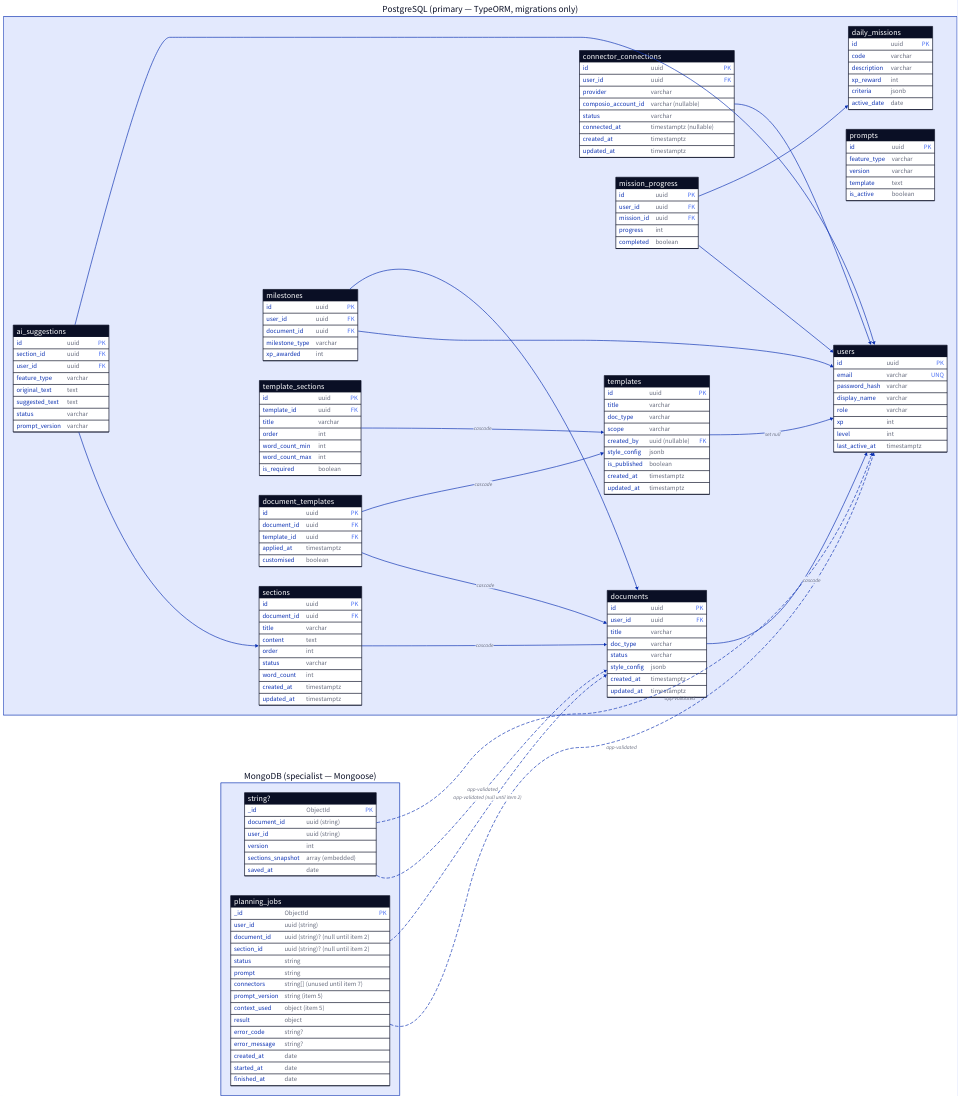
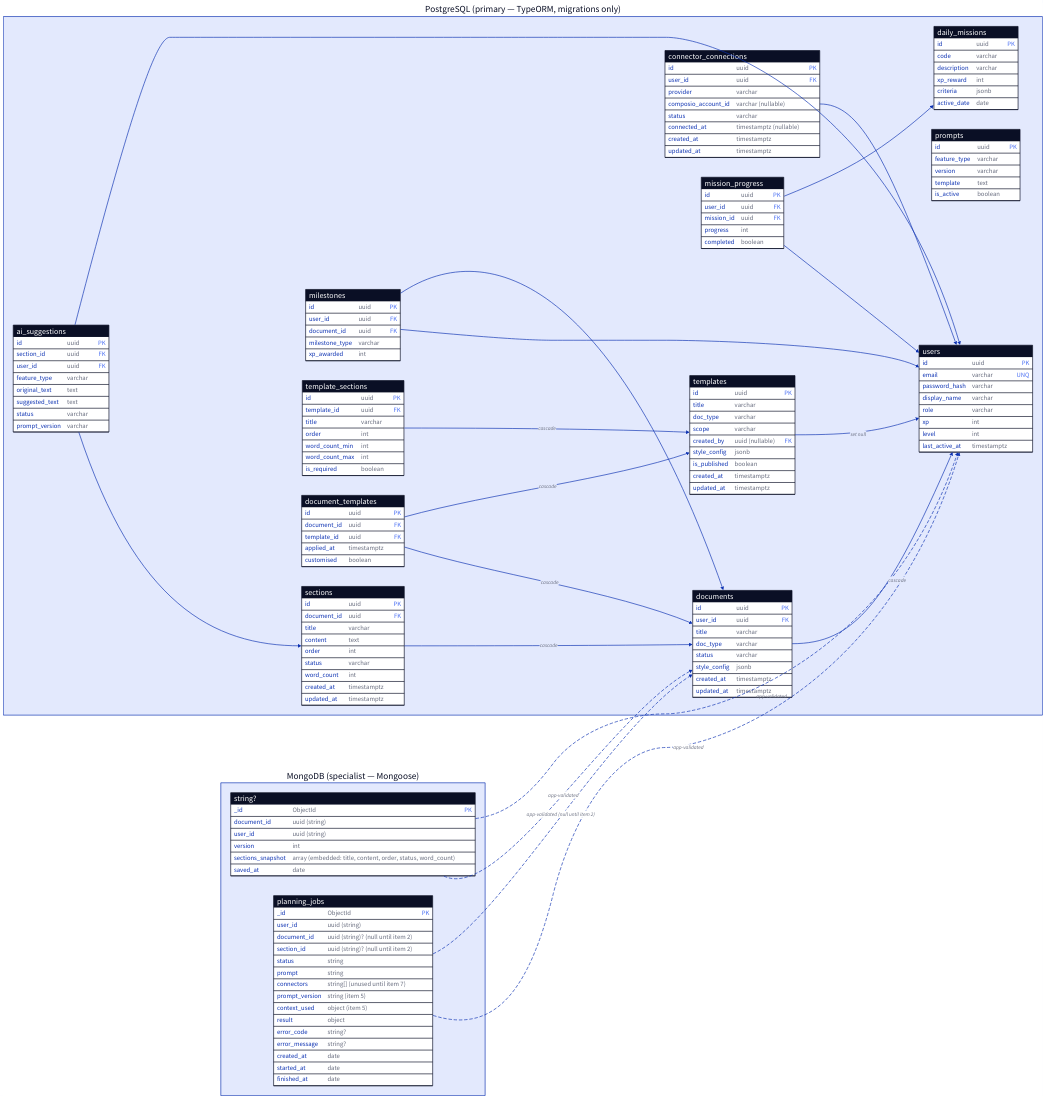
The diagram in docs/diagrams/database-schema.d2 (MemoFlow/memoflow-api), drawn with D2 before and after one commit. The commit also changed 34 other files, not shown here.

First line of the commit message:
feat(document-versions): versioning + restore (roadmap item 4) (#19)

```diff
--- a/docs/diagrams/database-schema.d2
+++ b/docs/diagrams/database-schema.d2
@@ -1,195 +1,197 @@
 # MemoFlow database schema — derived from docs/database-schema.md (source of truth).
 # Render: d2 database-schema.d2 database-schema.svg
 # Solid edges = real FKs (PostgreSQL). Dashed edges = cross-DB uuid references,
 # validated by the application use-case layer — there is NO foreign key across DBs.
 
 direction: right
 
 pg: PostgreSQL (primary — TypeORM, migrations only) {
   users: {
     shape: sql_table
     id: uuid {constraint: primary_key}
     email: varchar {constraint: unique}
     password_hash: varchar
     display_name: varchar
     role: varchar
     xp: int
     level: int
     last_active_at: timestamptz
   }
 
   documents: {
     shape: sql_table
     id: uuid {constraint: primary_key}
     user_id: uuid {constraint: foreign_key}
     title: varchar
     doc_type: varchar
     status: varchar
     style_config: jsonb
     created_at: timestamptz
     updated_at: timestamptz
   }
 
   # order indexed via composite (document_id, order) — IDX_sections_document_order.
   sections: {
     shape: sql_table
     id: uuid {constraint: primary_key}
     document_id: uuid {constraint: foreign_key}
     title: varchar
     content: text
     order: int
     status: varchar
     word_count: int
     created_at: timestamptz
     updated_at: timestamptz
   }
 
   ai_suggestions: {
     shape: sql_table
     id: uuid {constraint: primary_key}
     section_id: uuid {constraint: foreign_key}
     user_id: uuid {constraint: foreign_key}
     feature_type: varchar
     original_text: text
     suggested_text: text
     status: varchar
     prompt_version: varchar
   }
 
   prompts: {
     shape: sql_table
     id: uuid {constraint: primary_key}
     feature_type: varchar
     version: varchar
     template: text
     is_active: boolean
   }
 
   # No provider tokens — Composio is the OAuth vault + MCP host; this API keeps only
   # a connection reference. Unique composite index on (user_id, provider).
   connector_connections: {
     shape: sql_table
     id: uuid {constraint: primary_key}
     user_id: uuid {constraint: foreign_key}
     provider: varchar
     composio_account_id: "varchar (nullable)"
     status: varchar
     connected_at: "timestamptz (nullable)"
     created_at: timestamptz
     updated_at: timestamptz
   }
 
   milestones: {
     shape: sql_table
     id: uuid {constraint: primary_key}
     user_id: uuid {constraint: foreign_key}
     document_id: uuid {constraint: foreign_key}
     milestone_type: varchar
     xp_awarded: int
   }
 
   daily_missions: {
     shape: sql_table
     id: uuid {constraint: primary_key}
     code: varchar
     description: varchar
     xp_reward: int
     criteria: jsonb
     active_date: date
   }
 
   mission_progress: {
     shape: sql_table
     id: uuid {constraint: primary_key}
     user_id: uuid {constraint: foreign_key}
     mission_id: uuid {constraint: foreign_key}
     progress: int
     completed: boolean
   }
 
   templates: {
     shape: sql_table
     id: uuid {constraint: primary_key}
     title: varchar
     doc_type: varchar
     scope: varchar
     created_by: "uuid (nullable)" {constraint: foreign_key}
     style_config: jsonb
     is_published: boolean
     created_at: timestamptz
     updated_at: timestamptz
   }
 
   # order indexed via composite (template_id, order) — IDX_template_sections_template_order.
   template_sections: {
     shape: sql_table
     id: uuid {constraint: primary_key}
     template_id: uuid {constraint: foreign_key}
     title: varchar
     order: int
     word_count_min: int
     word_count_max: int
     is_required: boolean
   }
 
   document_templates: {
     shape: sql_table
     id: uuid {constraint: primary_key}
     document_id: uuid {constraint: foreign_key}
     template_id: uuid {constraint: foreign_key}
     applied_at: timestamptz
     customised: boolean
   }
 
   documents.user_id -> users.id: cascade
   sections.document_id -> documents.id: cascade
   ai_suggestions.section_id -> sections.id
   ai_suggestions.user_id -> users.id
   connector_connections.user_id -> users.id
   milestones.user_id -> users.id
   milestones.document_id -> documents.id
   mission_progress.user_id -> users.id
   mission_progress.mission_id -> daily_missions.id
   templates.created_by -> users.id: set null
   template_sections.template_id -> templates.id: cascade
   document_templates.document_id -> documents.id: cascade
   document_templates.template_id -> templates.id: cascade
 }
 
 mongo: MongoDB (specialist — Mongoose) {
+  # Unique compound index (document_id, version) — closes the concurrent-save
+  # version race; repository create() retries once on duplicate-key.
   document_versions: {
     shape: sql_table
     _id: ObjectId {constraint: primary_key}
     document_id: "uuid (string)"
     user_id: "uuid (string)"
     version: int
     "label": "string?"
-    sections_snapshot: "array (embedded)"
+    sections_snapshot: "array (embedded: title, content, order, status, word_count)"
     saved_at: date
   }
 
   planning_jobs: {
     shape: sql_table
     _id: ObjectId {constraint: primary_key}
     user_id: "uuid (string)"
     document_id: "uuid (string)? (null until item 2)"
     section_id: "uuid (string)? (null until item 2)"
     status: string
     prompt: string
     connectors: "string[] (unused until item 7)"
     prompt_version: "string (item 5)"
     context_used: "object (item 5)"
     result: object
     error_code: "string?"
     error_message: "string?"
     created_at: date
     started_at: date
     finished_at: date
   }
 }
 
 # Cross-DB references: plain uuids, validated by use-cases — no FK enforcement.
 mongo.document_versions.document_id -> pg.documents.id: app-validated {style.stroke-dash: 4}
 mongo.document_versions.user_id -> pg.users.id: app-validated {style.stroke-dash: 4}
 mongo.planning_jobs.user_id -> pg.users.id: app-validated {style.stroke-dash: 4}
 mongo.planning_jobs.document_id -> pg.documents.id: "app-validated (null until item 2)" {style.stroke-dash: 4}
```
